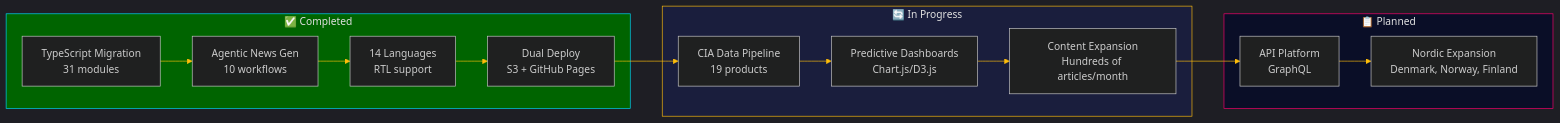
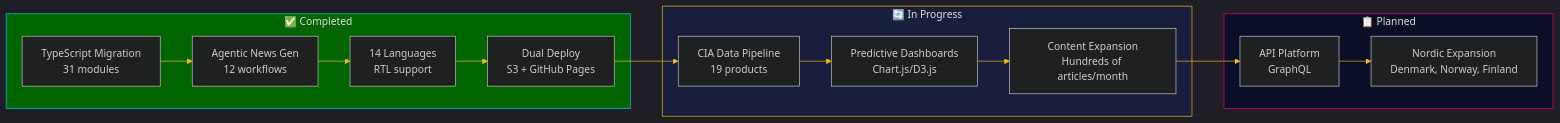
The third of 7 diagrams in README.md (Hack23/riksdagsmonitor), drawn with Mermaid before and after one commit. The commit also changed other lines of this file and 7 other files, not shown here.

````diff
--- a/README.md
+++ b/README.md
@@ -836,21 +836,21 @@
 ```mermaid
 %%{init: {"theme": "dark", "themeVariables": {"primaryColor": "#00d9ff", "primaryTextColor": "#e0e0e0", "primaryBorderColor": "#ff006e", "lineColor": "#ffbe0b", "secondaryColor": "#1a1e3d", "tertiaryColor": "#0a0e27"}}}%%
 graph LR
     subgraph SGCompleted["✅ Completed"]
         style SGCompleted fill:#006400,stroke:#00d9ff,color:#e0e0e0
-        A[TypeScript Migration<br/>31 modules] --> B[Agentic News Gen<br/>10 workflows]
+        A[TypeScript Migration<br/>31 modules] --> B[Agentic News Gen<br/>12 workflows]
         B --> C[14 Languages<br/>RTL support]
         C --> D[Dual Deploy<br/>S3 + GitHub Pages]
     end
     subgraph SGProgress["🔄 In Progress"]
         style SGProgress fill:#1a1e3d,stroke:#ffbe0b,color:#e0e0e0
         E[CIA Data Pipeline<br/>19 products] --> F[Predictive Dashboards<br/>Chart.js/D3.js]
         F --> G[Content Expansion<br/>Hundreds of articles/month]
     end
     subgraph SGPlanned["📋 Planned"]
         style SGPlanned fill:#0a0e27,stroke:#ff006e,color:#e0e0e0
         H[API Platform<br/>GraphQL] --> I[Nordic Expansion<br/>Denmark, Norway, Finland]
     end
     D --> E
     G --> H
 ```
````
